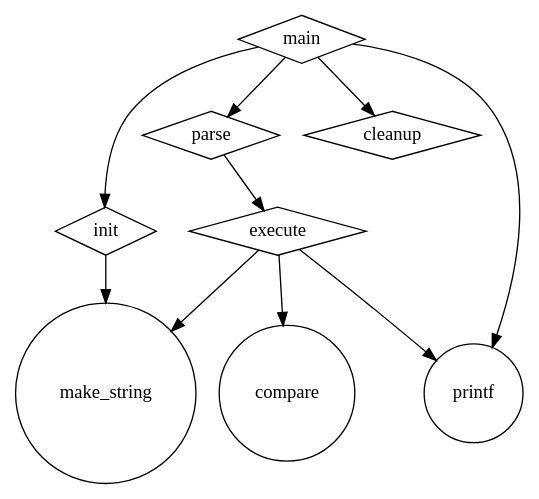
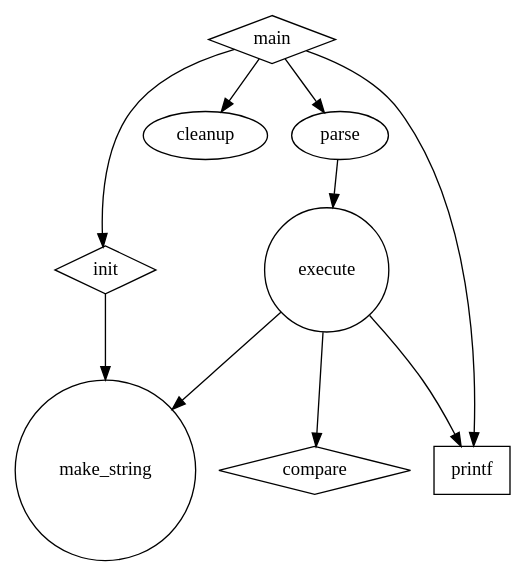
Before and after one commit to satishgoda/visualization: the diagram in tools/graphviz/examples/compilation.dot, drawn with Graphviz.

Commit message:
Update compilation.dot
By defining parse and cleanup nodes upfront, they will be drawn using the default node attributes.

Next, shape attribute is specified and also nodes that must be drawn using that shape are defined.

Finally the shape of the printf node is changed in the midst of drawing.

```diff
--- a/tools/graphviz/examples/compilation.dot
+++ b/tools/graphviz/examples/compilation.dot
@@ -1,18 +1,20 @@
 /* This sample script generates a graph of 
    typical steps during software compilation */
-
 digraph G {
-  node [shape="diamond"];
-
+  parse; cleanup;
+  
+  node [shape="diamond"] main, init, compare;
+  node [shape="circle"] execute, make_string;
+  
   main -> parse -> execute
   main -> init
   main -> cleanup
-
-  node [shape="circle"];
-
   execute -> make_string
+  
+  node [shape="box"];
+  
   execute -> printf
   init -> make_string
   main -> printf
   execute -> compare
 }
```
